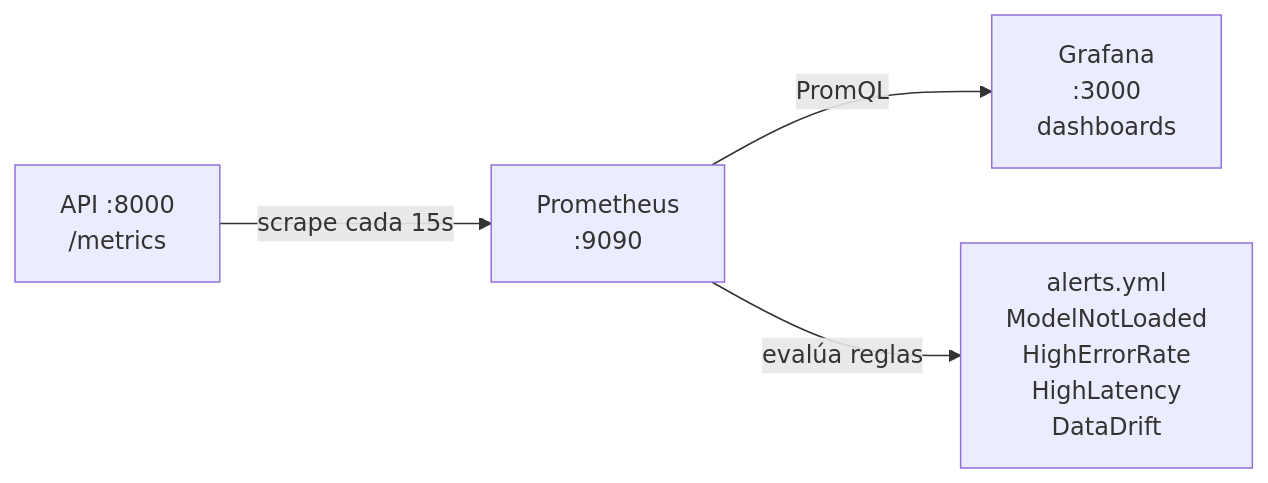
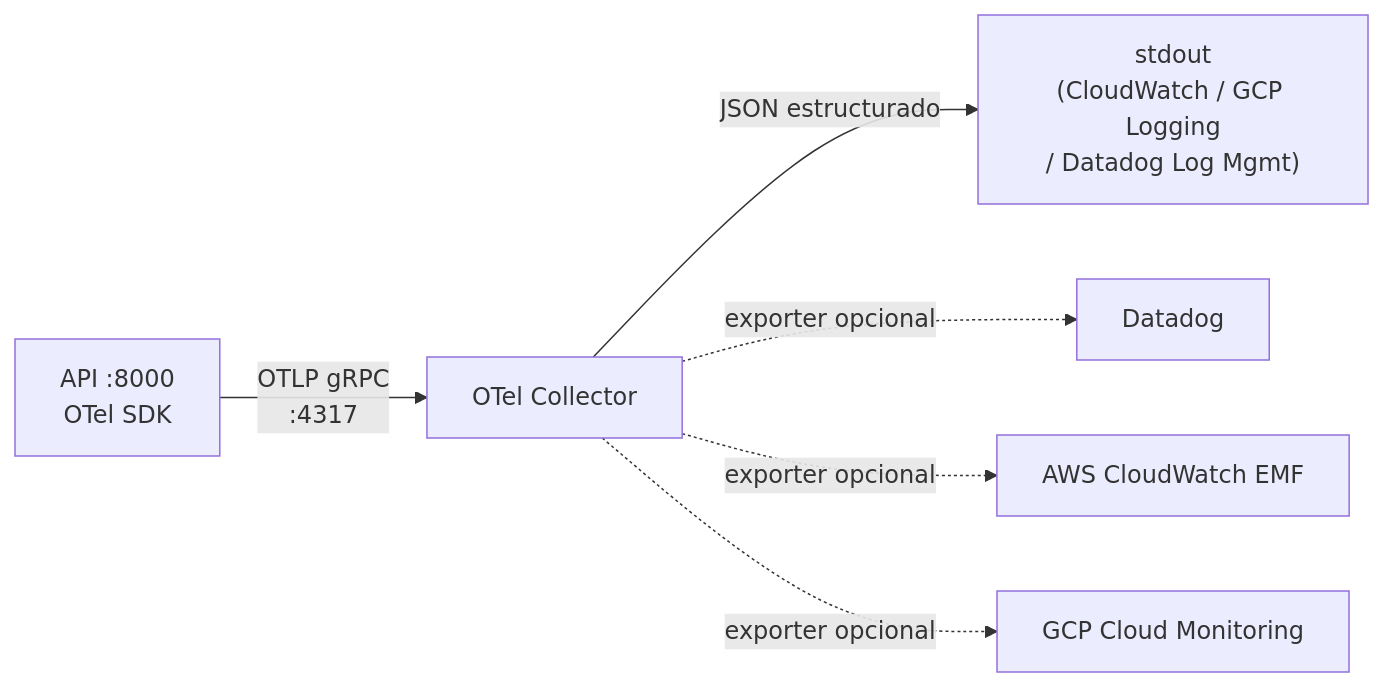
One commit to VSXR/PipelineModeling changed the diagram in docs/monitoring.md. Above: the diagram before and after it, drawn with Mermaid. The commit also changed other lines of this file and 45 other files, not shown here.

Commit message:
Pipeline actualizado para mayor rendimiento, falta Graphana

````diff
--- a/docs/monitoring.md
+++ b/docs/monitoring.md
@@ -5,6 +5,8 @@
 ```mermaid
 graph LR
-    API["API :8000\n/metrics"] -->|scrape cada 15s| PROM["Prometheus\n:9090"]
-    PROM -->|PromQL| GRAF["Grafana\n:3000\ndashboards"]
-    PROM -->|evalúa reglas| ALERT["alerts.yml\nModelNotLoaded\nHighErrorRate\nHighLatency\nDataDrift"]
+    API["API :8000\nOTel SDK"] -->|"OTLP gRPC\n:4317"| COL["OTel Collector"]
+    COL -->|"JSON estructurado"| LOG["stdout\n(CloudWatch / GCP Logging\n/ Datadog Log Mgmt)"]
+    COL -.->|"exporter opcional"| DD["Datadog"]
+    COL -.->|"exporter opcional"| CW["AWS CloudWatch EMF"]
+    COL -.->|"exporter opcional"| GCP["GCP Cloud Monitoring"]
 ```
````
